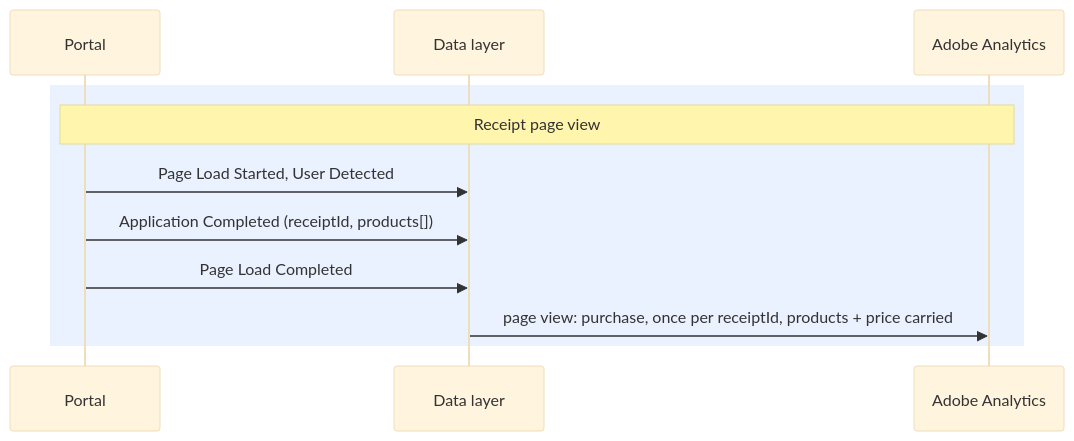
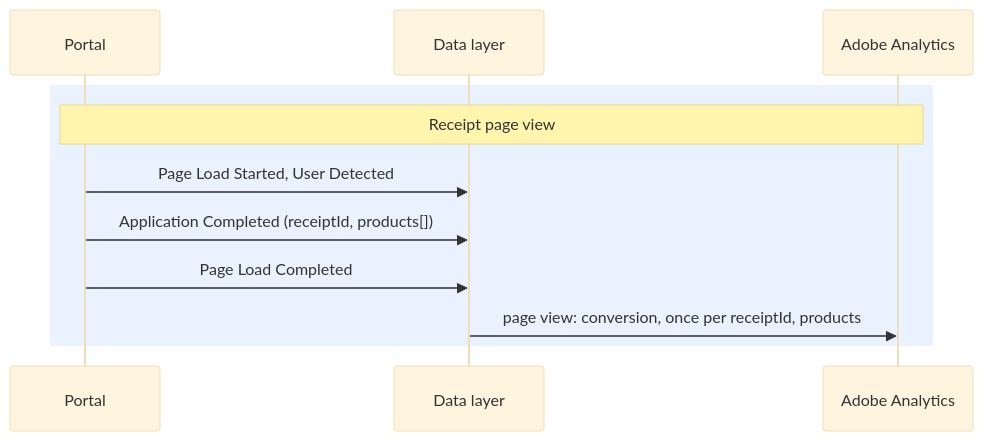
One commit to further-external/client-nyl-gmad-dl-spec changed the diagram in events/application-completed.md. Above: the diagram before and after it, drawn with Mermaid (base theme). The commit also changed other lines of this file and 6 other files, not shown here.

````diff
--- a/events/application-completed.md
+++ b/events/application-completed.md
@@ -62,13 +56,13 @@
 ```mermaid
 sequenceDiagram
   participant UI as Portal
   participant DL as Data layer
   participant AA as Adobe Analytics
   rect rgba(80,140,255,0.12)
     Note over UI,AA: Receipt page view
     UI->>DL: Page Load Started, User Detected
     UI->>DL: Application Completed (receiptId, products[])
     UI->>DL: Page Load Completed
-    DL->>AA: page view: purchase, once per receiptId, products + price carried
+    DL->>AA: page view: conversion, once per receiptId, products
   end
 ```
````
